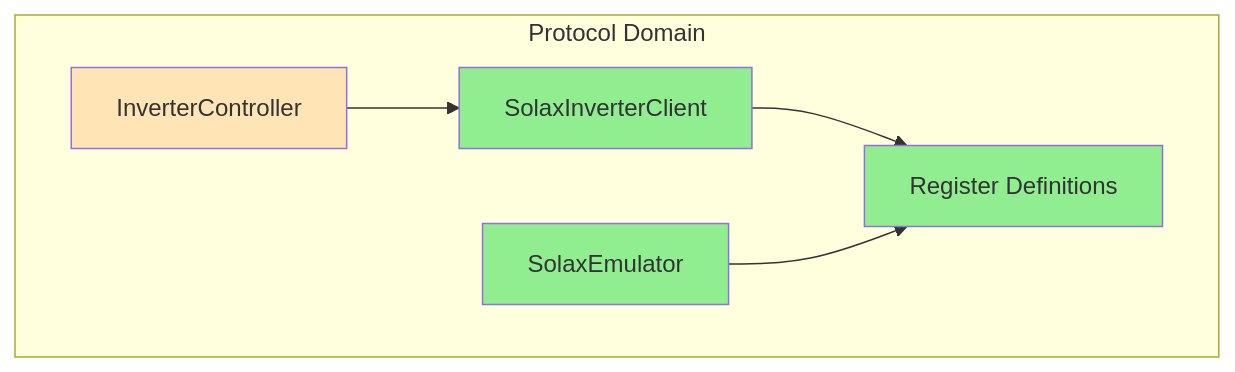
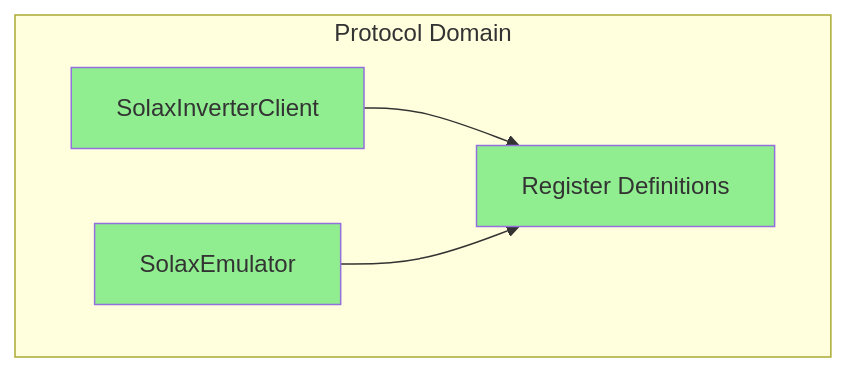
Before and after one commit to William12556/solax-modbus: the second of 3 diagrams in workspace/design/design-8f3a1b2c-domain_protocol.md, drawn with Mermaid. The commit also changed other lines of this file and 2 other files, not shown here.

````diff
--- a/workspace/design/design-8f3a1b2c-domain_protocol.md
+++ b/workspace/design/design-8f3a1b2c-domain_protocol.md
@@ -149,18 +142,15 @@
 ```mermaid
 flowchart TD
     subgraph "Protocol Domain"
         CLIENT[SolaxInverterClient]
-        CTRL[InverterController]
         EMU[SolaxEmulator]
         REG[Register Definitions]
     end
     
     CLIENT --> REG
-    CTRL --> CLIENT
     EMU --> REG
     
     style CLIENT fill:#90EE90
     style EMU fill:#90EE90
     style REG fill:#90EE90
-    style CTRL fill:#FFE4B5
 ```
````
